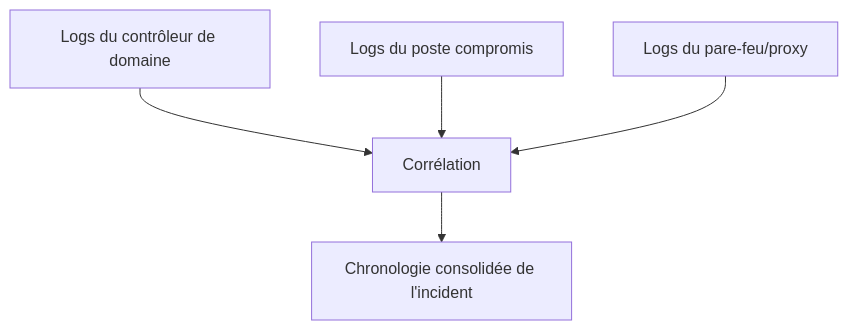
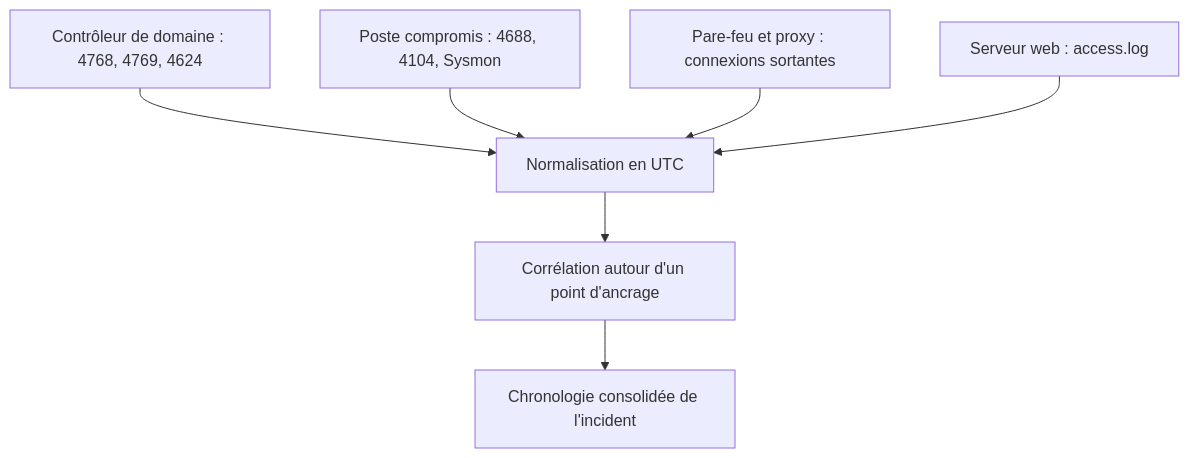
Before and after one commit to AureDulvresse/nyx: the diagram in content/courses/dfir/05-analyse-logs-timeline.md, drawn with Mermaid. The commit also changed other lines of this file and 167 other files, not shown here.

````diff
--- a/content/courses/dfir/05-analyse-logs-timeline.md
+++ b/content/courses/dfir/05-analyse-logs-timeline.md
@@ -38,7 +132,9 @@
 ```mermaid
 graph TD
-    A[Logs du contrôleur de domaine] --> D[Corrélation]
-    B[Logs du poste compromis] --> D
-    C[Logs du pare-feu/proxy] --> D
-    D --> E[Chronologie consolidée de l'incident]
+    A["Contrôleur de domaine : 4768, 4769, 4624"] --> E["Normalisation en UTC"]
+    B["Poste compromis : 4688, 4104, Sysmon"] --> E
+    C["Pare-feu et proxy : connexions sortantes"] --> E
+    D["Serveur web : access.log"] --> E
+    E --> F["Corrélation autour d'un point d'ancrage"]
+    F --> G["Chronologie consolidée de l'incident"]
 ```
````
